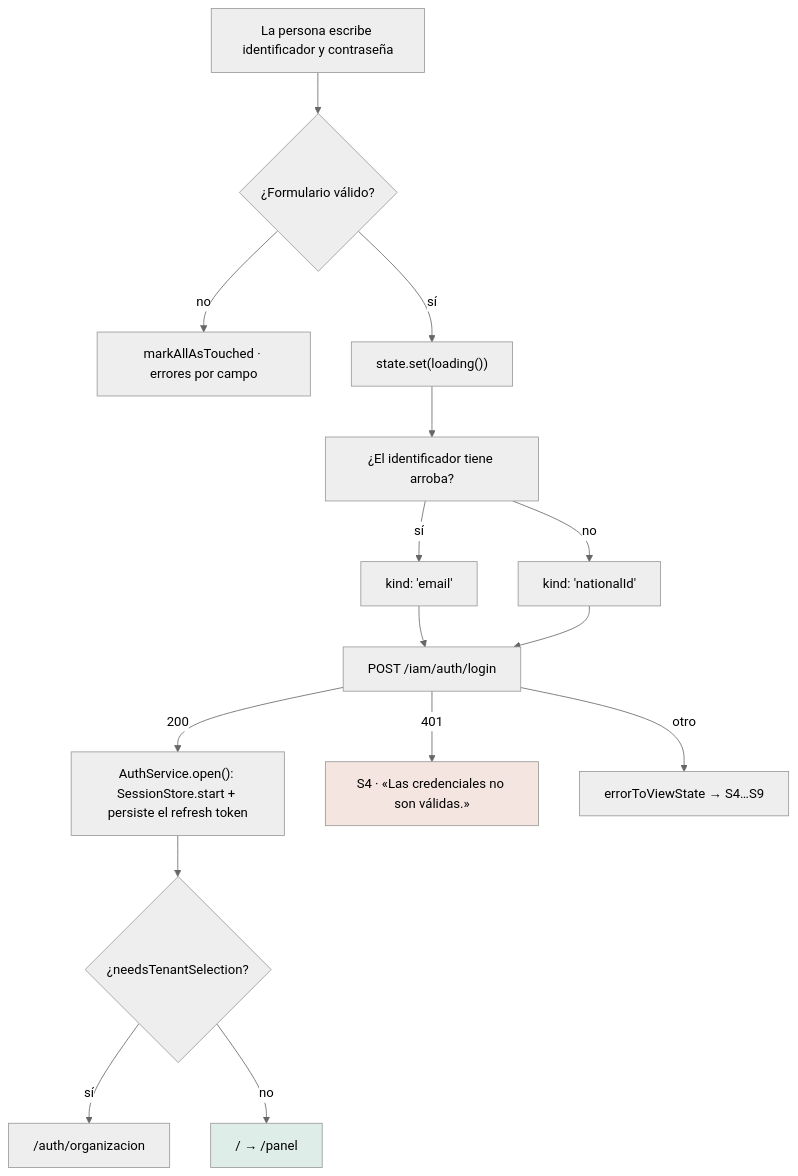
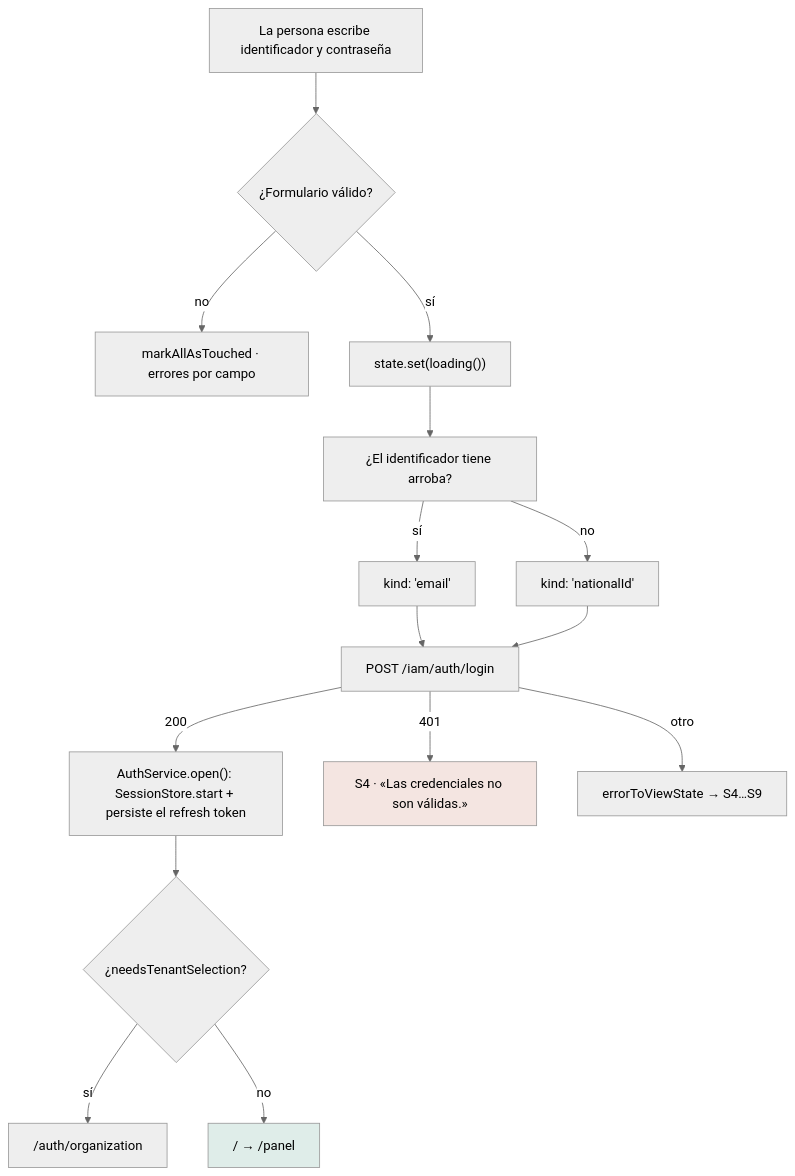
One commit to mdavila-2001/mantra-core-health changed the diagram in docs/routes/auth-login.md. Above: the diagram before and after it, drawn with Mermaid (neutral theme). The commit also changed 234 other files, not shown here.

````diff
--- a/docs/routes/auth-login.md
+++ b/docs/routes/auth-login.md
@@ -25,20 +25,20 @@
 ```mermaid
 graph TD
   A[La persona escribe identificador y contraseña] --> B{¿Formulario válido?}
   B -->|no| C[markAllAsTouched · errores por campo]
   B -->|sí| D["state.set(loading())"]
   D --> E["¿El identificador tiene arroba?"]
   E -->|sí| F["kind: 'email'"]
   E -->|no| G["kind: 'nationalId'"]
   F --> H[POST /iam/auth/login]
   G --> H
   H -->|200| I["AuthService.open(): SessionStore.start + persiste el refresh token"]
   I --> J{¿needsTenantSelection?}
-  J -->|sí| K["/auth/organizacion"]
+  J -->|sí| K["/auth/organization"]
   J -->|no| L["/ → /panel"]
   H -->|401| M["S4 · «Las credenciales no son válidas.»"]
   H -->|otro| N["errorToViewState → S4…S9"]
 
   style L fill:#DFEDE9,color:#000
   style M fill:#F4E5E1,color:#000
 ```
````
